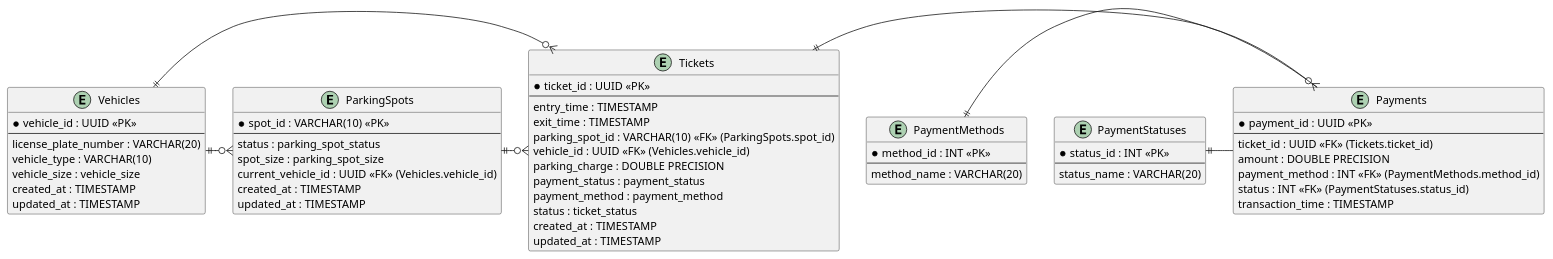
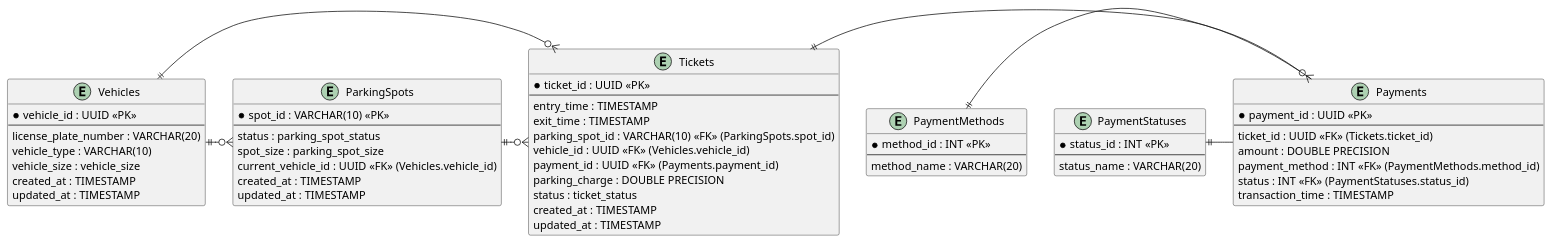
Before and after one commit to randeep-k11/system-design-LLD: the diagram in automated-parking-lot/src/main/resources/images/Parking_Lot_Schema_Diagram.puml, drawn with PlantUML. The commit also changed other lines of this file and 3 other files, not shown here.

```diff
--- a/automated-parking-lot/src/main/resources/images/Parking_Lot_Schema_Diagram.puml
+++ b/automated-parking-lot/src/main/resources/images/Parking_Lot_Schema_Diagram.puml
@@ -3,68 +3,67 @@
 @startuml
 
 entity "Vehicles" {
     * vehicle_id : UUID <<PK>>
     --
     license_plate_number : VARCHAR(20)
     vehicle_type : VARCHAR(10)
     vehicle_size : vehicle_size
     created_at : TIMESTAMP
     updated_at : TIMESTAMP
 }
 
 entity "ParkingSpots" {
     * spot_id : VARCHAR(10) <<PK>>
     --
     status : parking_spot_status
     spot_size : parking_spot_size
     current_vehicle_id : UUID <<FK>> (Vehicles.vehicle_id)
     created_at : TIMESTAMP
     updated_at : TIMESTAMP
 }
 
 entity "Tickets" {
     * ticket_id : UUID <<PK>>
     --
     entry_time : TIMESTAMP
     exit_time : TIMESTAMP
     parking_spot_id : VARCHAR(10) <<FK>> (ParkingSpots.spot_id)
     vehicle_id : UUID <<FK>> (Vehicles.vehicle_id)
+    payment_id : UUID <<FK>> (Payments.payment_id)
     parking_charge : DOUBLE PRECISION
-    payment_status : payment_status
-    payment_method : payment_method
     status : ticket_status
     created_at : TIMESTAMP
     updated_at : TIMESTAMP
 }
 
 entity "Payments" {
     * payment_id : UUID <<PK>>
     --
     ticket_id : UUID <<FK>> (Tickets.ticket_id)
     amount : DOUBLE PRECISION
     payment_method : INT <<FK>> (PaymentMethods.method_id)
     status : INT <<FK>> (PaymentStatuses.status_id)
     transaction_time : TIMESTAMP
 }
 
 entity "PaymentMethods" {
     * method_id : INT <<PK>>
     --
     method_name : VARCHAR(20)
 }
 
 entity "PaymentStatuses" {
     * status_id : INT <<PK>>
     --
     status_name : VARCHAR(20)
 }
 
 ' Relationships
 Vehicles ||-o{ ParkingSpots
 Vehicles ||-o{ Tickets
 ParkingSpots ||-o{ Tickets
 Tickets ||-o{ Payments
 PaymentMethods ||- Payments
 PaymentStatuses ||- Payments
 
 @enduml
```
